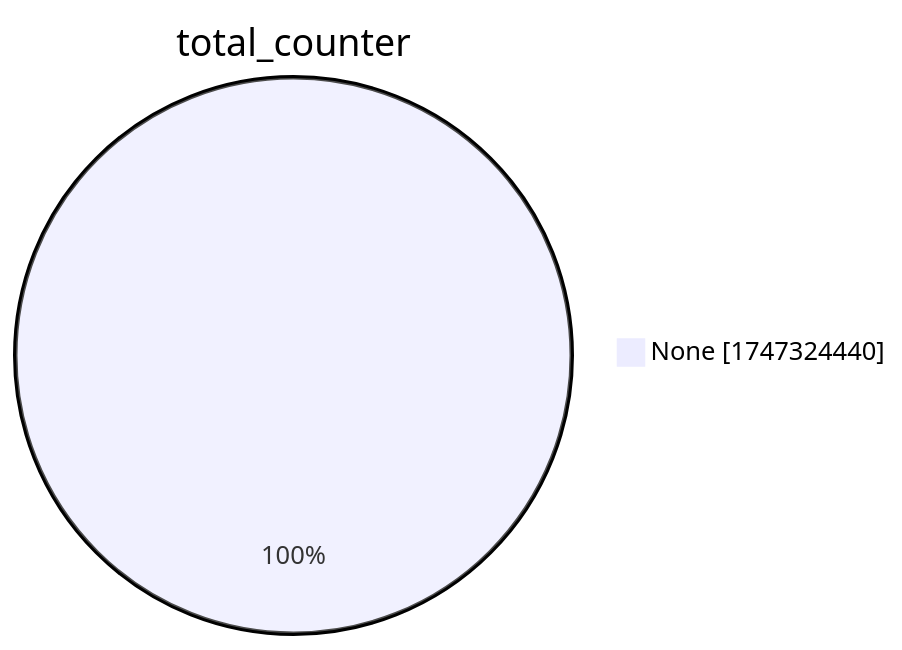
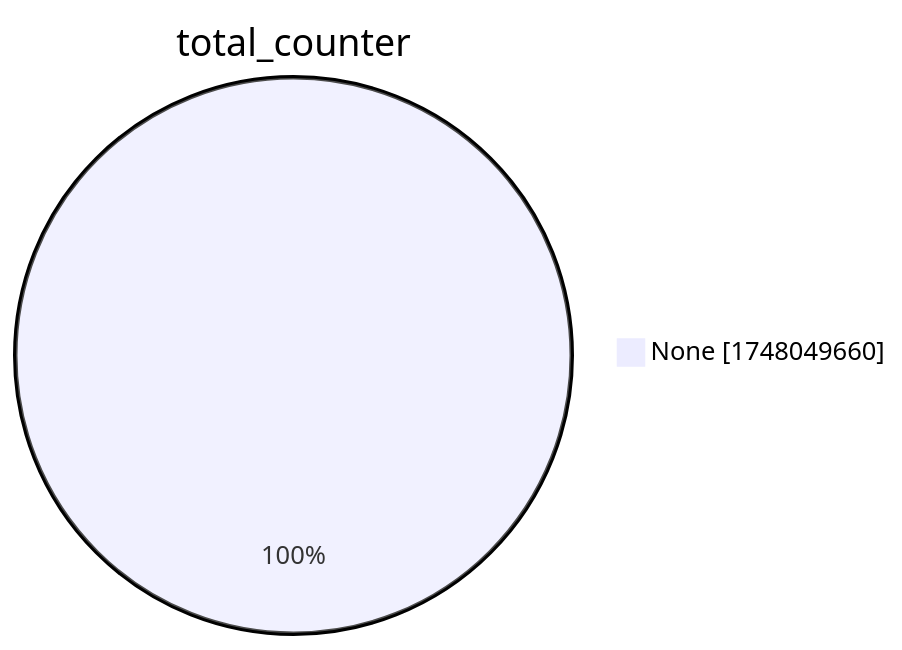
Before and after one commit to christiankrug/ctmonitor_visualization: the second of 15 diagrams in xenon2022/README.md, drawn with Mermaid. The commit also changed other lines of this file, not shown here.

````diff
--- a/xenon2022/README.md
+++ b/xenon2022/README.md
@@ -9,5 +9,5 @@
 ```mermaid
 pie showData
 title total_counter
-"None" :1747324440
+"None" :1748049660
 ```
````
